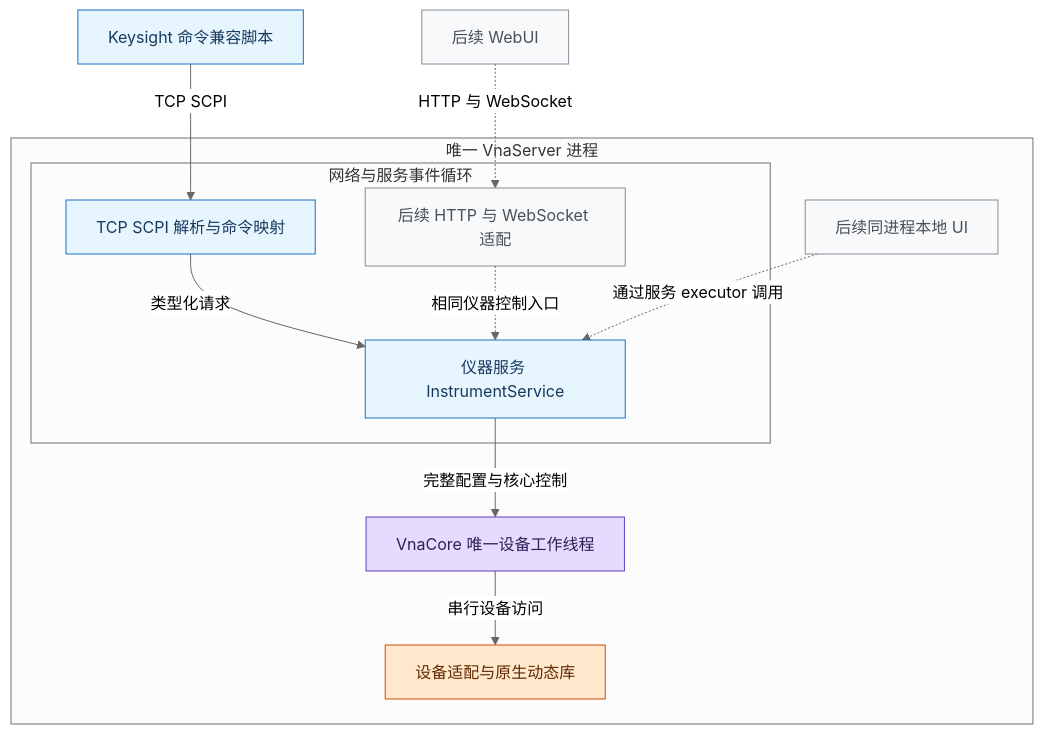
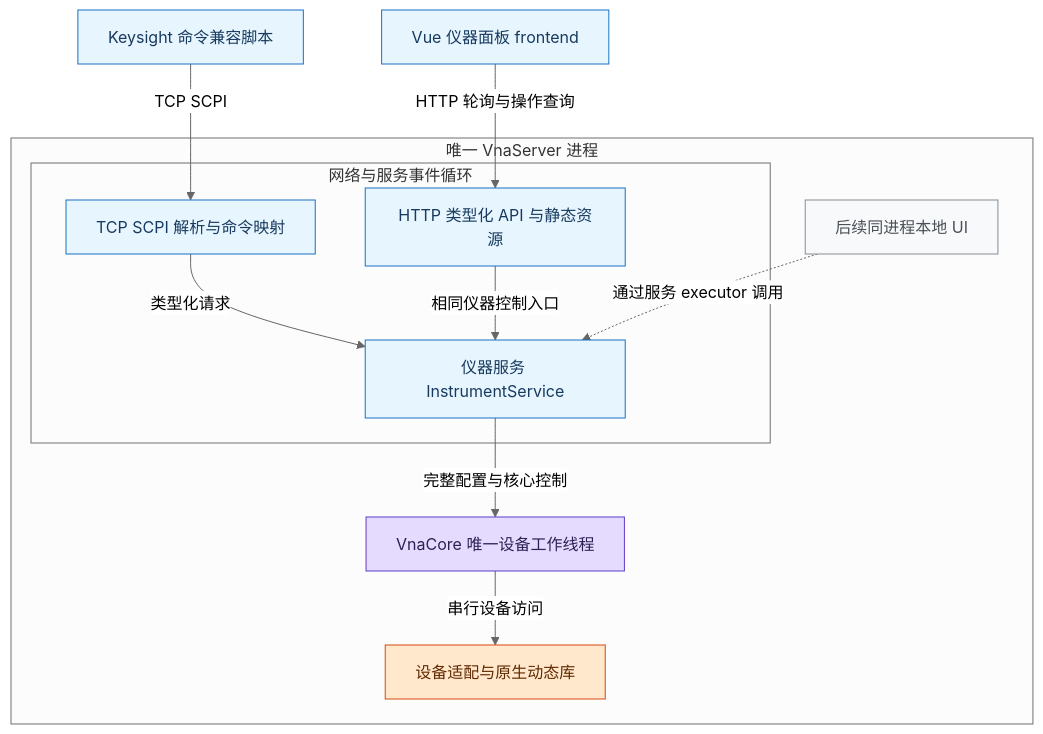
One commit to aniping/VnaPro changed the first of 4 diagrams in docs/网分服务与远程控制设计.md. Above: the diagram before and after it, drawn with Mermaid (neutral theme). The commit also changed other lines of this file and 3 other files, not shown here.

````diff
--- a/docs/网分服务与远程控制设计.md
+++ b/docs/网分服务与远程控制设计.md
@@ -29,30 +29,30 @@
 ```mermaid
 flowchart TB
     script["Keysight 命令兼容脚本"]
-    webui["后续 WebUI"]
+    webui["Vue 仪器面板 frontend"]
     subgraph process["唯一 VnaServer 进程"]
         local["后续同进程本地 UI"]
         subgraph io["网络与服务事件循环"]
             scpi["TCP SCPI 解析与命令映射"]
-            web["后续 HTTP 与 WebSocket 适配"]
+            web["HTTP 类型化 API 与静态资源"]
             service["仪器服务 InstrumentService"]
             scpi -->|类型化请求| service
-            web -.->|相同仪器控制入口| service
+            web -->|相同仪器控制入口| service
         end
         core["VnaCore 唯一设备工作线程"]
         native["设备适配与原生动态库"]
         service -->|完整配置与核心控制| core
         core -->|串行设备访问| native
     end
     script -->|TCP SCPI| scpi
-    webui -.->|HTTP 与 WebSocket| web
+    webui -->|HTTP 轮询与操作查询| web
     local -.->|通过服务 executor 调用| service
     classDef current fill:#e7f5ff,stroke:#1971c2,color:#173a5e;
     classDef worker fill:#e5dbff,stroke:#5f3dc4,color:#2e2054;
     classDef future fill:#f8f9fa,stroke:#868e96,color:#495057;
     classDef device fill:#ffe8cc,stroke:#d9480f,color:#612900;
-    class script,scpi,service current;
+    class script,scpi,service,webui,web current;
     class core worker;
-    class webui,web,local future;
+    class local future;
     class native device;
 ```
````
